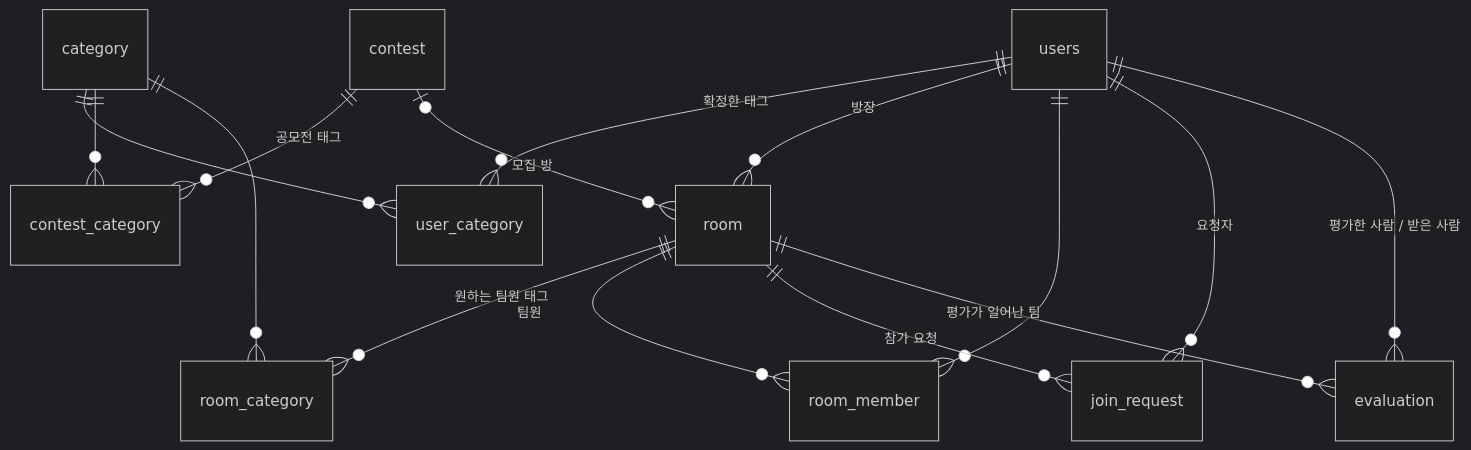
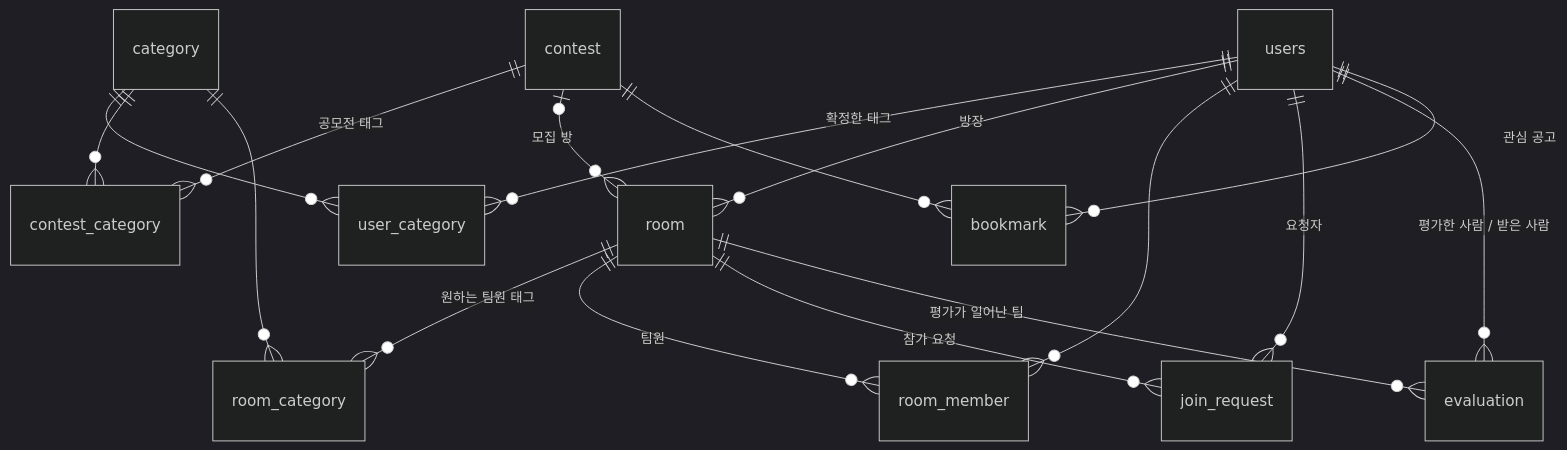
The diagram in docs/db-spec.md (Dohoon306/ET-gongmo), drawn with Mermaid (dark theme) before and after one commit. The commit also changed other lines of this file and 2 other files, not shown here.

````diff
--- a/docs/db-spec.md
+++ b/docs/db-spec.md
@@ -9,17 +9,19 @@
 ```mermaid
 erDiagram
     users ||--o{ user_category : "확정한 태그"
     category ||--o{ user_category : ""
     contest ||--o{ contest_category : "공모전 태그"
     category ||--o{ contest_category : ""
     contest |o--o{ room : "모집 방"
     users ||--o{ room : "방장"
     room ||--o{ room_category : "원하는 팀원 태그"
     category ||--o{ room_category : ""
     room ||--o{ room_member : "팀원"
     users ||--o{ room_member : ""
     room ||--o{ join_request : "참가 요청"
     users ||--o{ join_request : "요청자"
     room ||--o{ evaluation : "평가가 일어난 팀"
     users ||--o{ evaluation : "평가한 사람 / 받은 사람"
+    users ||--o{ bookmark : "관심 공고"
+    contest ||--o{ bookmark : ""
 ```
````
